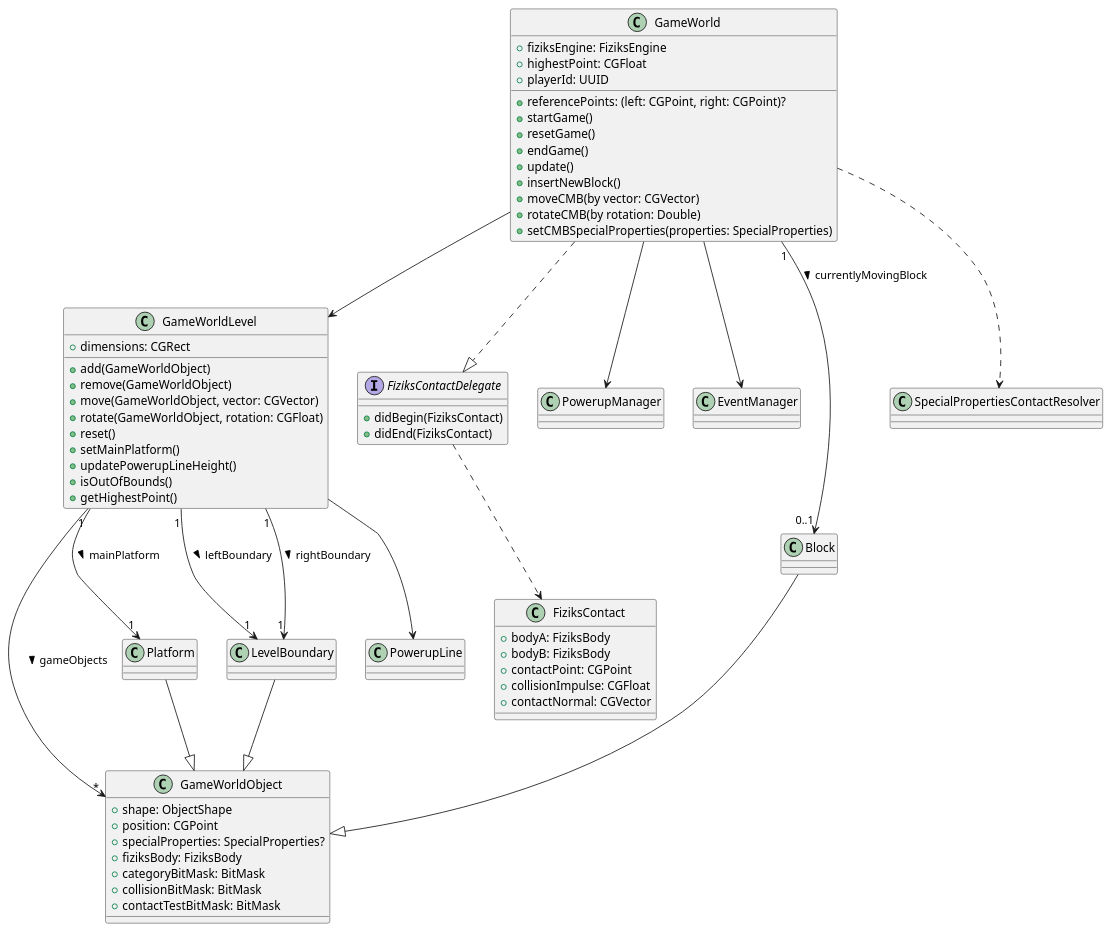
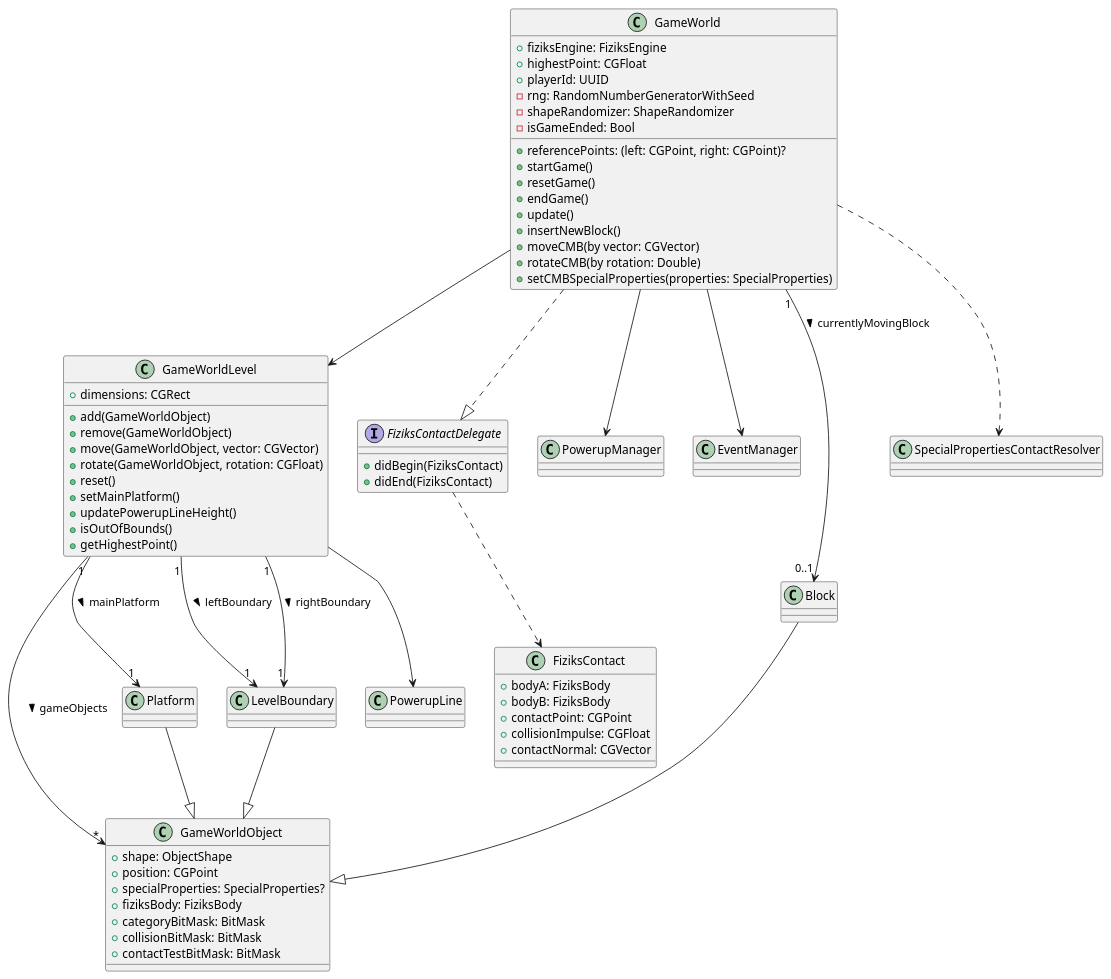
One commit to tumbling-towers/TumblingTowersGame changed the diagram in Docs/Diagrams/GW/class.puml. Above: the diagram before and after it, drawn with PlantUML. The commit also changed 6 other files, not shown here.

```diff
--- a/Docs/Diagrams/GW/class.puml
+++ b/Docs/Diagrams/GW/class.puml
@@ -1,68 +1,71 @@
 @startuml
 class GameWorld {
     + fiziksEngine: FiziksEngine
     + highestPoint: CGFloat
     + referencePoints: (left: CGPoint, right: CGPoint)?
     + playerId: UUID
+    - rng: RandomNumberGeneratorWithSeed
+    - shapeRandomizer: ShapeRandomizer
+    - isGameEnded: Bool
     + startGame()
     + resetGame()
     + endGame()
     + update()
     + insertNewBlock()
     + moveCMB(by vector: CGVector)
     + rotateCMB(by rotation: Double)
     + setCMBSpecialProperties(properties: SpecialProperties)
 }
 
 class GameWorldObject {
     + shape: ObjectShape
     + position: CGPoint
     + specialProperties: SpecialProperties?
     + fiziksBody: FiziksBody
     + categoryBitMask: BitMask
     + collisionBitMask: BitMask
     + contactTestBitMask: BitMask
 }
 
 class GameWorldLevel {
 + dimensions: CGRect
  + add(GameWorldObject)
  + remove(GameWorldObject)
  + move(GameWorldObject, vector: CGVector)
 + rotate(GameWorldObject, rotation: CGFloat)
 + reset()
 + setMainPlatform()
 + updatePowerupLineHeight()
 + isOutOfBounds()
 + getHighestPoint()
 }
 
 interface FiziksContactDelegate {
   + didBegin(FiziksContact)
   + didEnd(FiziksContact)
 }
 
 class FiziksContact {
 + bodyA: FiziksBody
 + bodyB: FiziksBody
 + contactPoint: CGPoint
 + collisionImpulse: CGFloat
 + contactNormal: CGVector
 }
 
 GameWorld --> GameWorldLevel
 GameWorld --> PowerupManager
 GameWorld --> EventManager
 GameWorldLevel -->"*" GameWorldObject: gameObjects >
 Platform --|> GameWorldObject
 Block--|> GameWorldObject
 LevelBoundary --|> GameWorldObject
 GameWorld "1"-->"0..1" Block: currentlyMovingBlock >
 GameWorldLevel "1"-->"1" LevelBoundary: leftBoundary >
 GameWorldLevel "1"-->"1" LevelBoundary: rightBoundary >
 GameWorldLevel "1"-->"1" Platform : mainPlatform >
 GameWorldLevel --> PowerupLine
 GameWorld ..|> FiziksContactDelegate
 FiziksContactDelegate ..> FiziksContact
 GameWorld ..> SpecialPropertiesContactResolver
 @enduml
```
